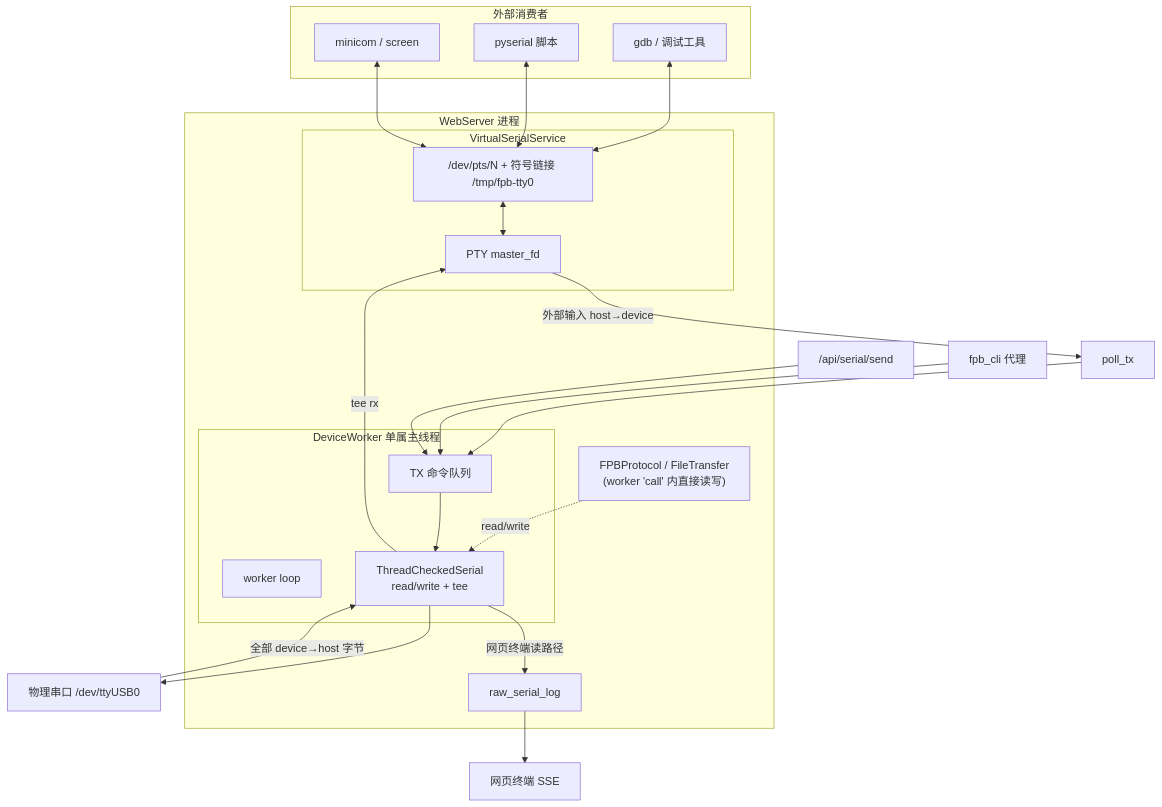
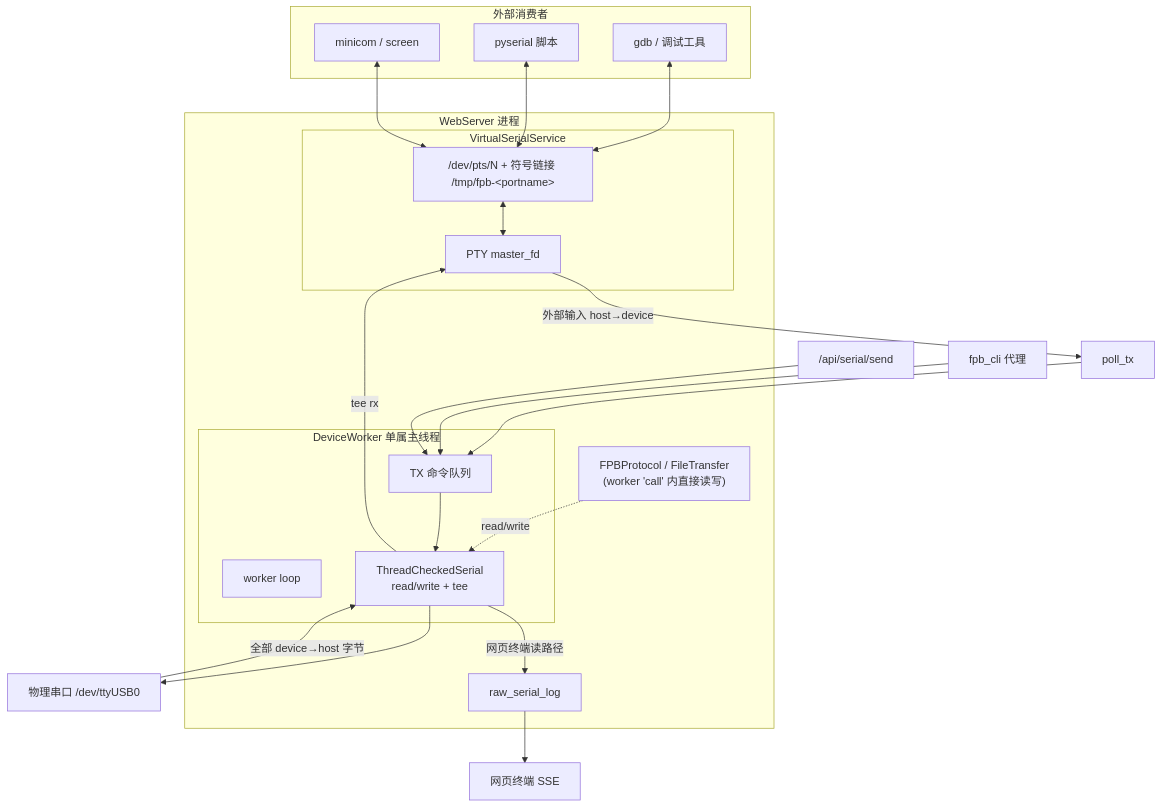
The second of 5 diagrams in Tools/WebServer/docs/virtual-serial-passthrough-design.md (FASTSHIFT/FPBInject), drawn with Mermaid before and after one commit. The commit also changed other lines of this file and 7 other files, not shown here.

````diff
--- a/Tools/WebServer/docs/virtual-serial-passthrough-design.md
+++ b/Tools/WebServer/docs/virtual-serial-passthrough-design.md
@@ -84,44 +84,44 @@
 ```mermaid
 flowchart TB
     subgraph EXT[外部消费者]
         MINICOM[minicom / screen]
         PYS[pyserial 脚本]
         GDB[gdb / 调试工具]
     end
 
     subgraph WS[WebServer 进程]
         subgraph VSP[VirtualSerialService]
             PTY["PTY master_fd"]
-            SLAVE["/dev/pts/N + 符号链接 /tmp/fpb-tty0"]
+            SLAVE["/dev/pts/N + 符号链接 /tmp/fpb-&lt;portname&gt;"]
         end
 
         subgraph Worker[DeviceWorker 单属主线程]
             LOOP[worker loop]
             TCS["ThreadCheckedSerial<br/>read/write + tee"]
             TXQ[TX 命令队列]
         end
 
         RAWLOG[raw_serial_log]
         PROTO["FPBProtocol / FileTransfer<br/>(worker 'call' 内直接读写)"]
     end
 
     SER["物理串口 /dev/ttyUSB0"]
 
     MINICOM <--> SLAVE
     PYS <--> SLAVE
     GDB <--> SLAVE
     SLAVE <--> PTY
 
     SER -- 全部 device→host 字节 --> TCS
     TCS -- tee rx --> PTY
     TCS -- 网页终端读路径 --> RAWLOG
     RAWLOG --> WEBTERM[网页终端 SSE]
     PROTO -. read/write .-> TCS
 
     PTY -- 外部输入 host→device --> POLL[poll_tx]
     POLL --> TXQ
     WEBSEND["/api/serial/send"] --> TXQ
     CLI[fpb_cli 代理] --> TXQ
     TXQ --> TCS
     TCS --> SER
 ```
````
